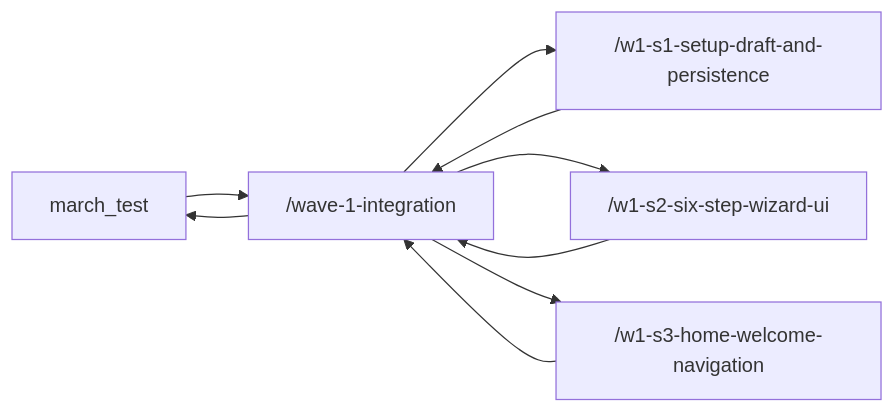
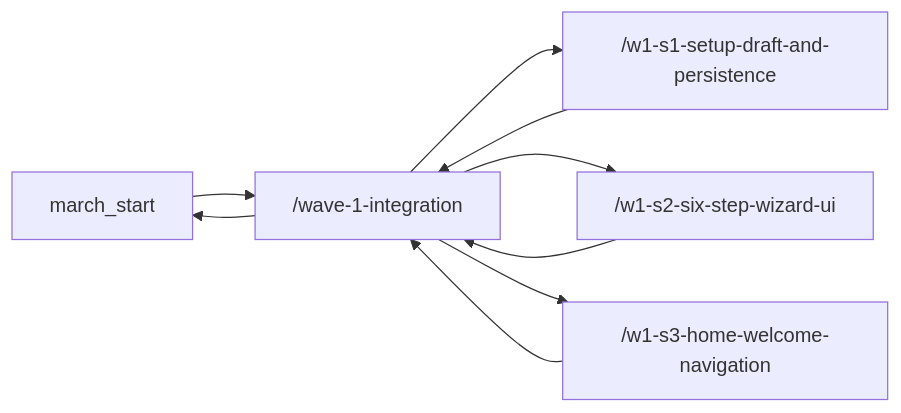
Before and after one commit to Axian-Inc/ffthh-game-of-life: the diagram in specs/OPERATOR_WAVE_DISPATCH_RUNBOOK.md, drawn with Mermaid. The commit also changed other lines of this file and 3 other files, not shown here.

Commit message:
Removes references to march_test (in lieu of march_start).

````diff
--- a/specs/OPERATOR_WAVE_DISPATCH_RUNBOOK.md
+++ b/specs/OPERATOR_WAVE_DISPATCH_RUNBOOK.md
@@ -86,11 +86,11 @@
 ```mermaid
 flowchart LR
-  A[march_test] --> B[<your-initials>/wave-1-integration]
-  B --> C[<your-initials>/w1-s1-setup-draft-and-persistence]
-  B --> D[<your-initials>/w1-s2-six-step-wizard-ui]
-  B --> E[<your-initials>/w1-s3-home-welcome-navigation]
+  A[march_start] --> B[<your initials>/wave-1-integration]
+  B --> C[<your initials>/w1-s1-setup-draft-and-persistence]
+  B --> D[<your initials>/w1-s2-six-step-wizard-ui]
+  B --> E[<your initials>/w1-s3-home-welcome-navigation]
   C --> B
   D --> B
   E --> B
   B --> A
 ```
````
